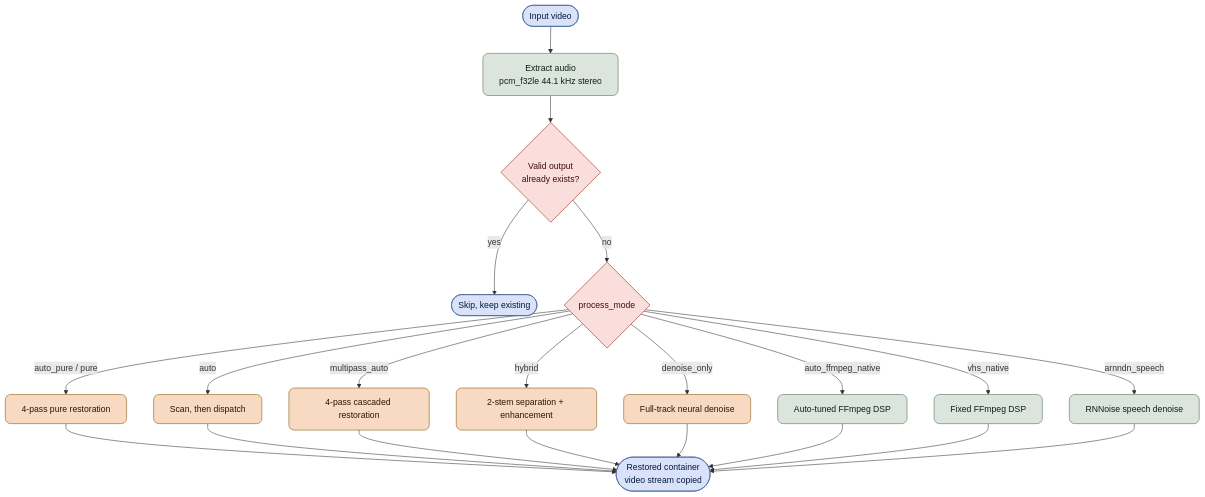
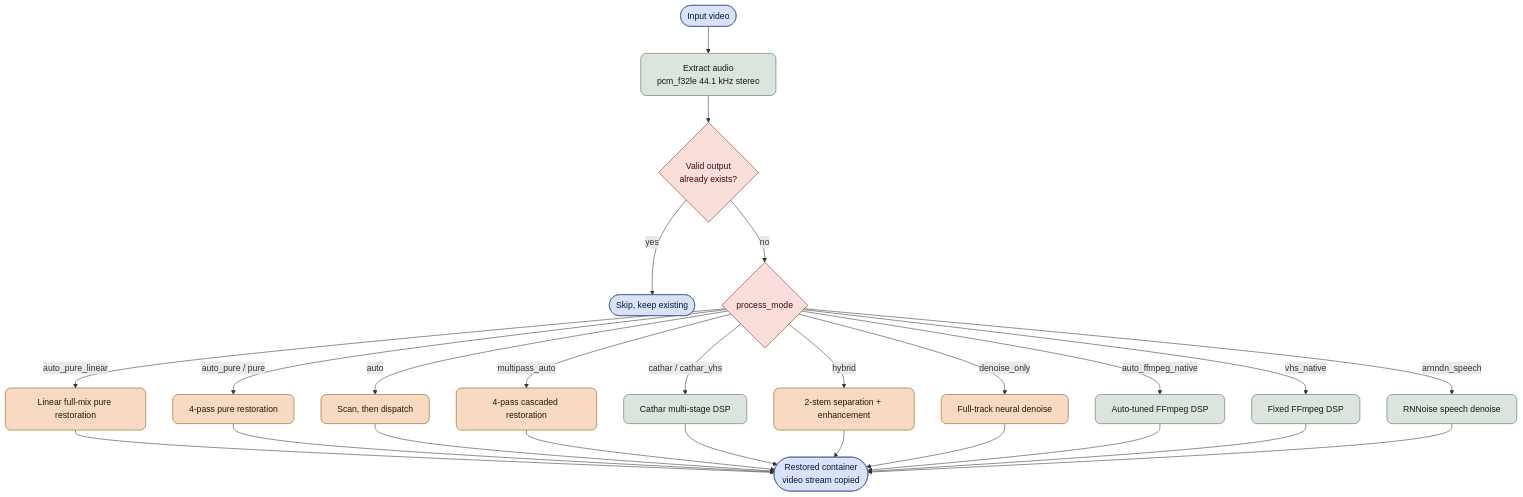
The first of 13 diagrams in docs/architecture.md (ventura8/AI-Hybrid-VHS-Audio-Restorer), drawn with Mermaid before and after one commit. The commit also changed other lines of this file and 110 other files, not shown here.

First line of the commit message:
v1.2.0: add adaptive VHS restoration and multilingual validation

````diff
--- a/docs/architecture.md
+++ b/docs/architecture.md
@@ -53,30 +56,34 @@
 ```mermaid
 flowchart TD
     classDef io fill:#DAE2F9,stroke:#3F5F91,color:#001B3E,rx:30,ry:30;
     classDef step fill:#DCE5DD,stroke:#526350,color:#101E10,rx:10,ry:10;
     classDef ai fill:#F8DAC2,stroke:#825500,color:#2D1600,rx:10,ry:10;
     classDef gate fill:#F9DEDC,stroke:#8C1D18,color:#410E0B,rx:6,ry:6;
 
     IN(["Input video"]):::io --> EX["Extract audio<br/>pcm_f32le 44.1 kHz stereo"]:::step
     EX --> SKIP{"Valid output<br/>already exists?"}:::gate
     SKIP -->|yes| DONE(["Skip, keep existing"]):::io
     SKIP -->|no| MODE{"process_mode"}:::gate
 
+    MODE -->|auto_pure_linear| M0["Linear full-mix pure restoration"]:::ai
     MODE -->|auto_pure / pure| M1["4-pass pure restoration"]:::ai
     MODE -->|auto| M2["Scan, then dispatch"]:::ai
     MODE -->|multipass_auto| M3["4-pass cascaded restoration"]:::ai
+    MODE -->|cathar / cathar_vhs| MC["Cathar multi-stage DSP"]:::step
     MODE -->|hybrid| M4["2-stem separation + enhancement"]:::ai
     MODE -->|denoise_only| M5["Full-track neural denoise"]:::ai
     MODE -->|auto_ffmpeg_native| M6["Auto-tuned FFmpeg DSP"]:::step
     MODE -->|vhs_native| M7["Fixed FFmpeg DSP"]:::step
     MODE -->|arnndn_speech| M8["RNNoise speech denoise"]:::step
 
-    M1 --> OUT(["Restored container<br/>video stream copied"]):::io
+    M0 --> OUT(["Restored container<br/>video stream copied"]):::io
+    M1 --> OUT
     M2 --> OUT
     M3 --> OUT
+    MC --> OUT
     M4 --> OUT
     M5 --> OUT
     M6 --> OUT
     M7 --> OUT
     M8 --> OUT
 ```
````
